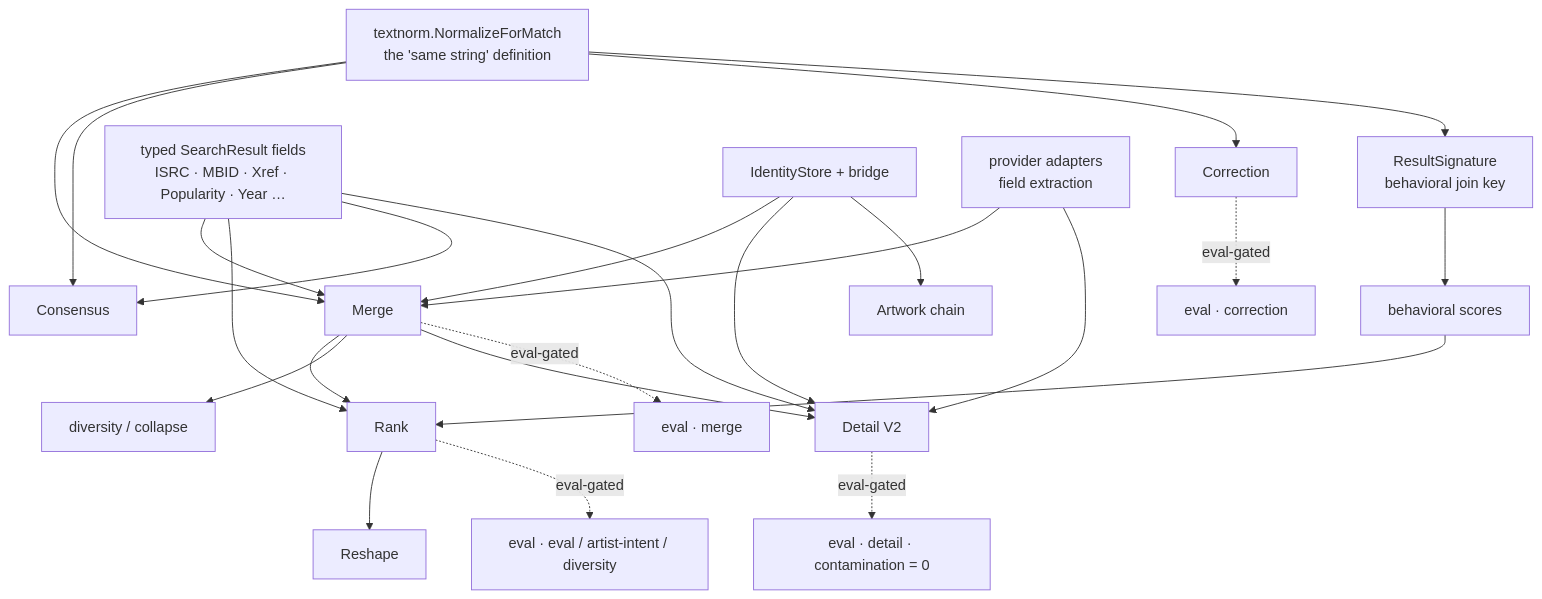
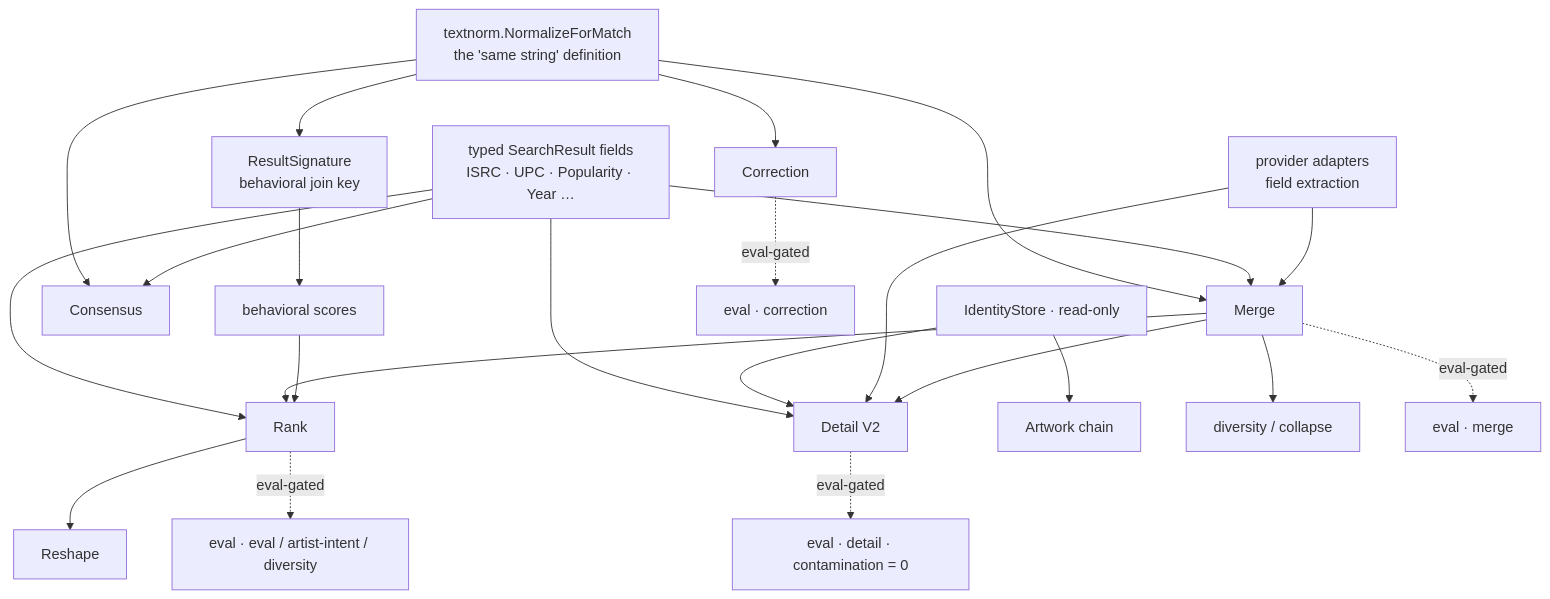
One commit to aleburrascano/altune changed the sixth of 6 diagrams in services/go-api/internal/discovery/ARCHITECTURE.md. Above: the diagram before and after it, drawn with Mermaid. The commit also changed other lines of this file and 53 other files, not shown here.

First line of the commit message:
refactor(discovery): delete the dead MBID path: merge's MBID and bridge tiers, the identity stamper and its verifier, the ambiguous-name gate; go-api baseline 1130 → 1109

````diff
--- a/services/go-api/internal/discovery/ARCHITECTURE.md
+++ b/services/go-api/internal/discovery/ARCHITECTURE.md
@@ -858,26 +822,25 @@
 ```mermaid
 flowchart TD
     NORM["textnorm.NormalizeForMatch<br/>the 'same string' definition"] --> MERGE["Merge"]
     NORM --> CONS["Consensus"]
     NORM --> CORR["Correction"]
     NORM --> SIG["ResultSignature<br/>behavioral join key"]
-    TYPED["typed SearchResult fields<br/>ISRC · MBID · Xref · Popularity · Year …"] --> MERGE
+    TYPED["typed SearchResult fields<br/>ISRC · UPC · Popularity · Year …"] --> MERGE
     TYPED --> RANK["Rank"]
     TYPED --> CONS
     TYPED --> DET["Detail V2"]
-    IDENT["IdentityStore + bridge"] --> MERGE
-    IDENT --> DET
+    IDENT["IdentityStore · read-only"] --> DET
     IDENT --> ART["Artwork chain"]
     PROV["provider adapters<br/>field extraction"] --> MERGE
     PROV --> DET
     MERGE --> RANK
     MERGE --> DIV["diversity / collapse"]
     MERGE --> DET
     RANK --> RESHAPE["Reshape"]
     SIG --> BEH["behavioral scores"]
     BEH --> RANK
     MERGE -. "eval-gated" .-> Em["eval · merge"]
     RANK -. "eval-gated" .-> Ee["eval · eval / artist-intent / diversity"]
     DET -. "eval-gated" .-> Ed["eval · detail · contamination = 0"]
     CORR -. "eval-gated" .-> Ec["eval · correction"]
 ```
````
